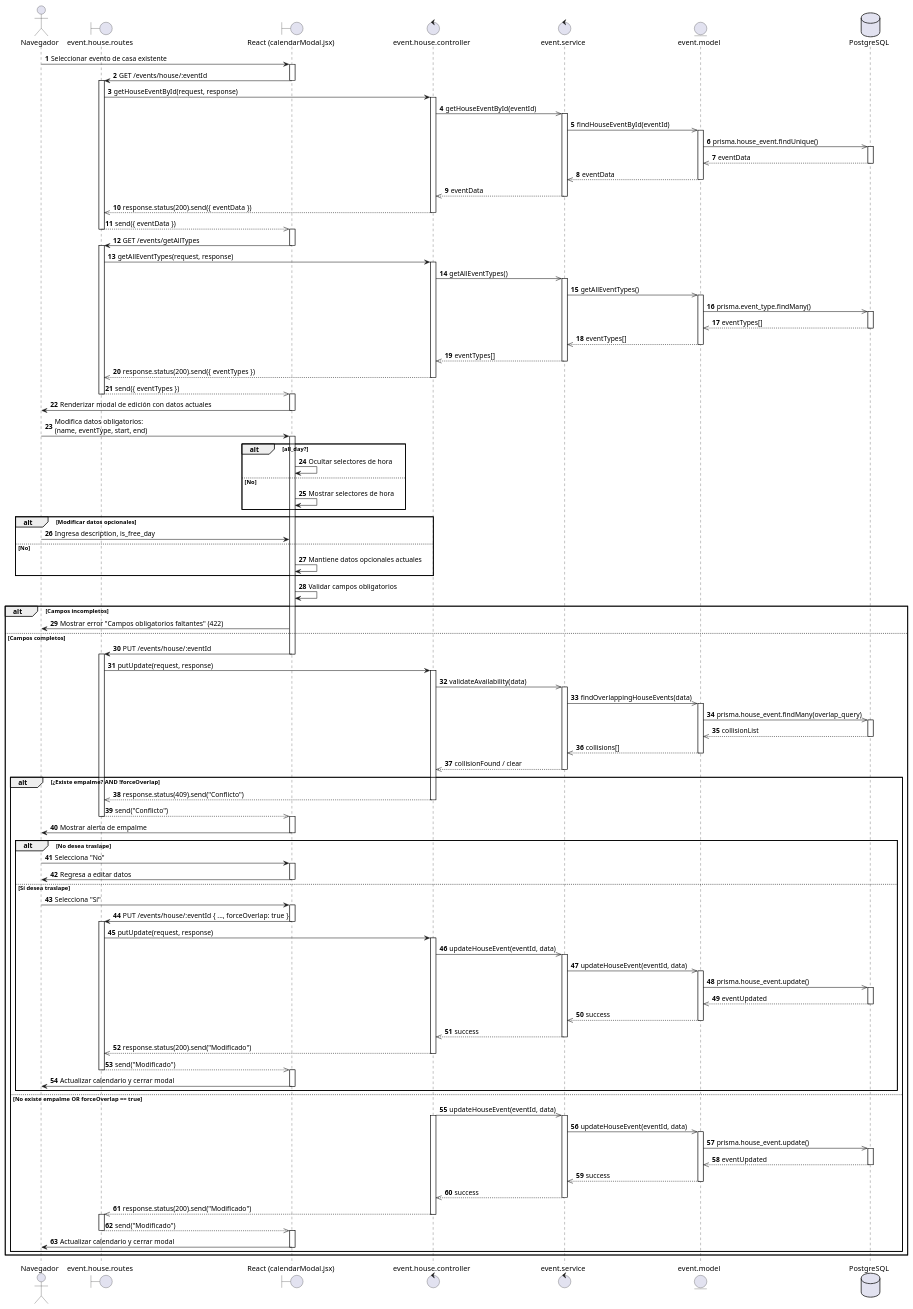
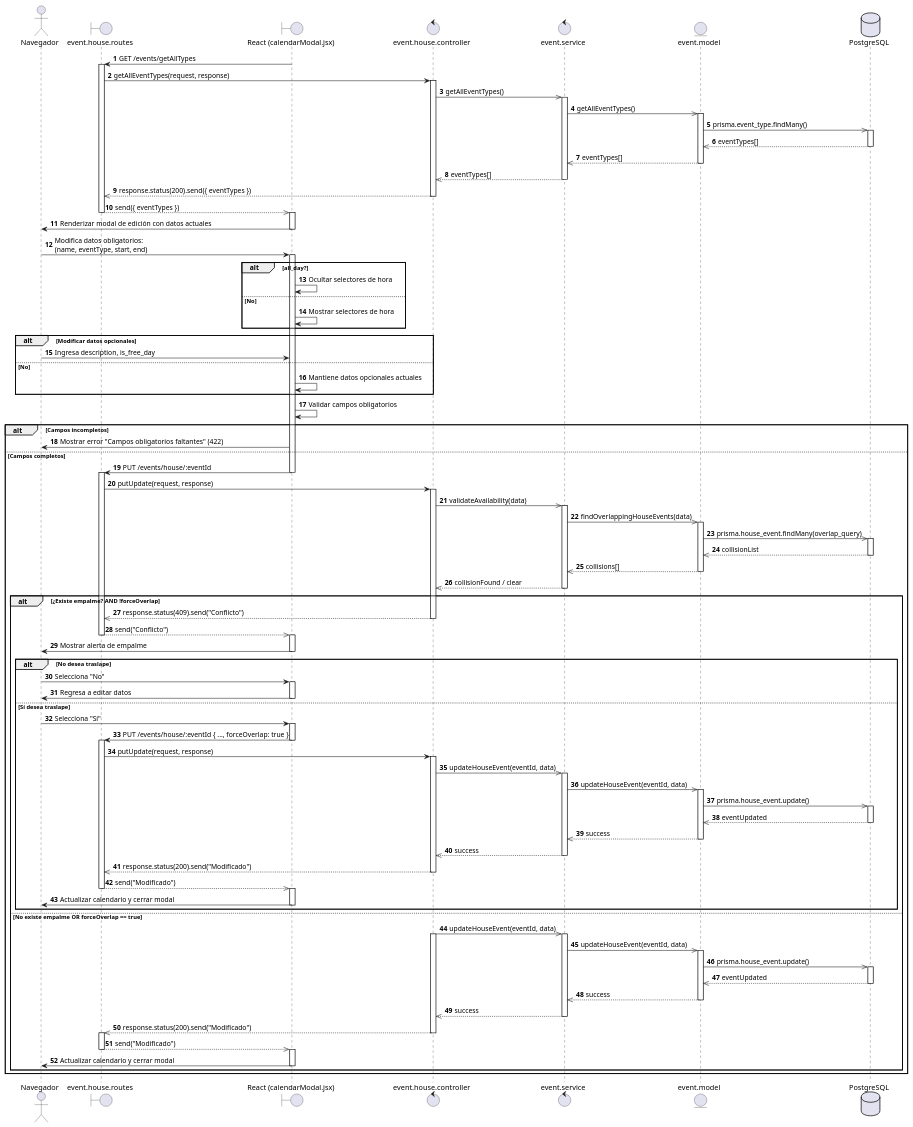
Before and after one commit to AztlanConsulting/RCHQ-Back: the diagram in diagrams/Sequence diagram/US81.puml, drawn with PlantUML.

Commit message:
docs(DS): Se actualiza el diagrama de secuencia.

```diff
--- a/diagrams/Sequence diagram/US81.puml
+++ b/diagrams/Sequence diagram/US81.puml
@@ -9,37 +9,6 @@
 database PostgreSQL
 
 autonumber
-
-Navegador -> ReactView : Seleccionar evento de casa existente
-activate ReactView
-ReactView -> routes : GET /events/house/:eventId
-deactivate ReactView
-activate routes
-
-routes -> controller : getHouseEventById(request, response)
-activate controller
-
-controller ->> event.service : getHouseEventById(eventId)
-activate event.service
-
-event.service ->> event.model : findHouseEventById(eventId)
-activate event.model
-
-event.model ->> PostgreSQL : prisma.house_event.findUnique()
-activate PostgreSQL
-PostgreSQL -->> event.model : eventData
-deactivate PostgreSQL
-
-event.model -->> event.service : eventData
-deactivate event.model
-event.service -->> controller : eventData
-deactivate event.service
-
-controller -->> routes : response.status(200).send({ eventData })
-deactivate controller
-routes -->> ReactView : send({ eventData })
-deactivate routes
-activate ReactView
 
 ReactView -> routes : GET /events/getAllTypes
 deactivate ReactView
```
